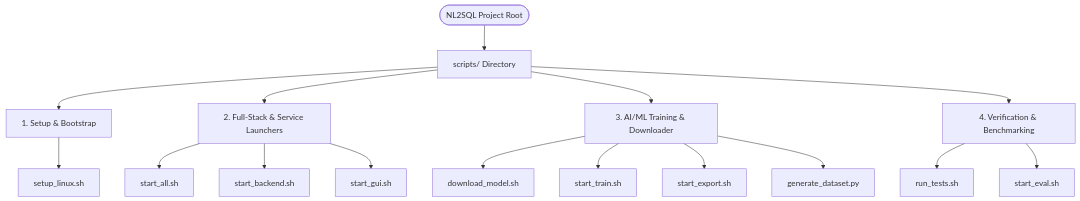
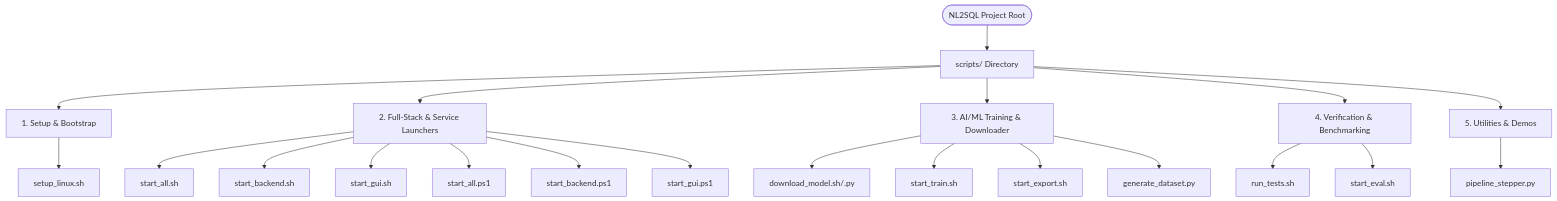
One commit to VanshikaKritiSingh/NL2SQL changed the diagram in scripts/README.md. Above: the diagram before and after it, drawn with Mermaid. The commit also changed other lines of this file and 1 other file, not shown here.

Commit message:
Updated scripts readme

````diff
--- a/scripts/README.md
+++ b/scripts/README.md
@@ -28,23 +28,28 @@
 ```mermaid
 flowchart TD
     ROOT([NL2SQL Project Root]) --> SCRIPTS[scripts/ Directory]
 
     SCRIPTS --> SETUP[1. Setup & Bootstrap]
     SCRIPTS --> RUNNERS[2. Full-Stack & Service Launchers]
     SCRIPTS --> ML[3. AI/ML Training & Downloader]
     SCRIPTS --> TESTS[4. Verification & Benchmarking]
+    SCRIPTS --> UTILS[5. Utilities & Demos]
 
     SETUP --> S1[setup_linux.sh]
-
     RUNNERS --> R1[start_all.sh]
     RUNNERS --> R2[start_backend.sh]
     RUNNERS --> R3[start_gui.sh]
+    RUNNERS --> R4[start_all.ps1]
+    RUNNERS --> R5[start_backend.ps1]
+    RUNNERS --> R6[start_gui.ps1]
 
-    ML --> M1[download_model.sh]
+    ML --> M1[download_model.sh/.py]
     ML --> M2[start_train.sh]
     ML --> M3[start_export.sh]
     ML --> M4[generate_dataset.py]
 
     TESTS --> T1[run_tests.sh]
     TESTS --> T2[start_eval.sh]
+
+    UTILS --> U1[pipeline_stepper.py]
 ```
````
